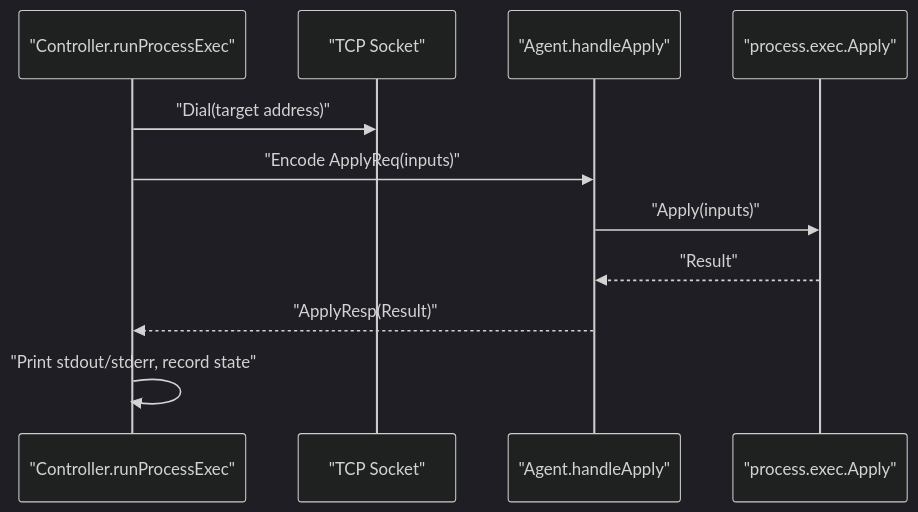
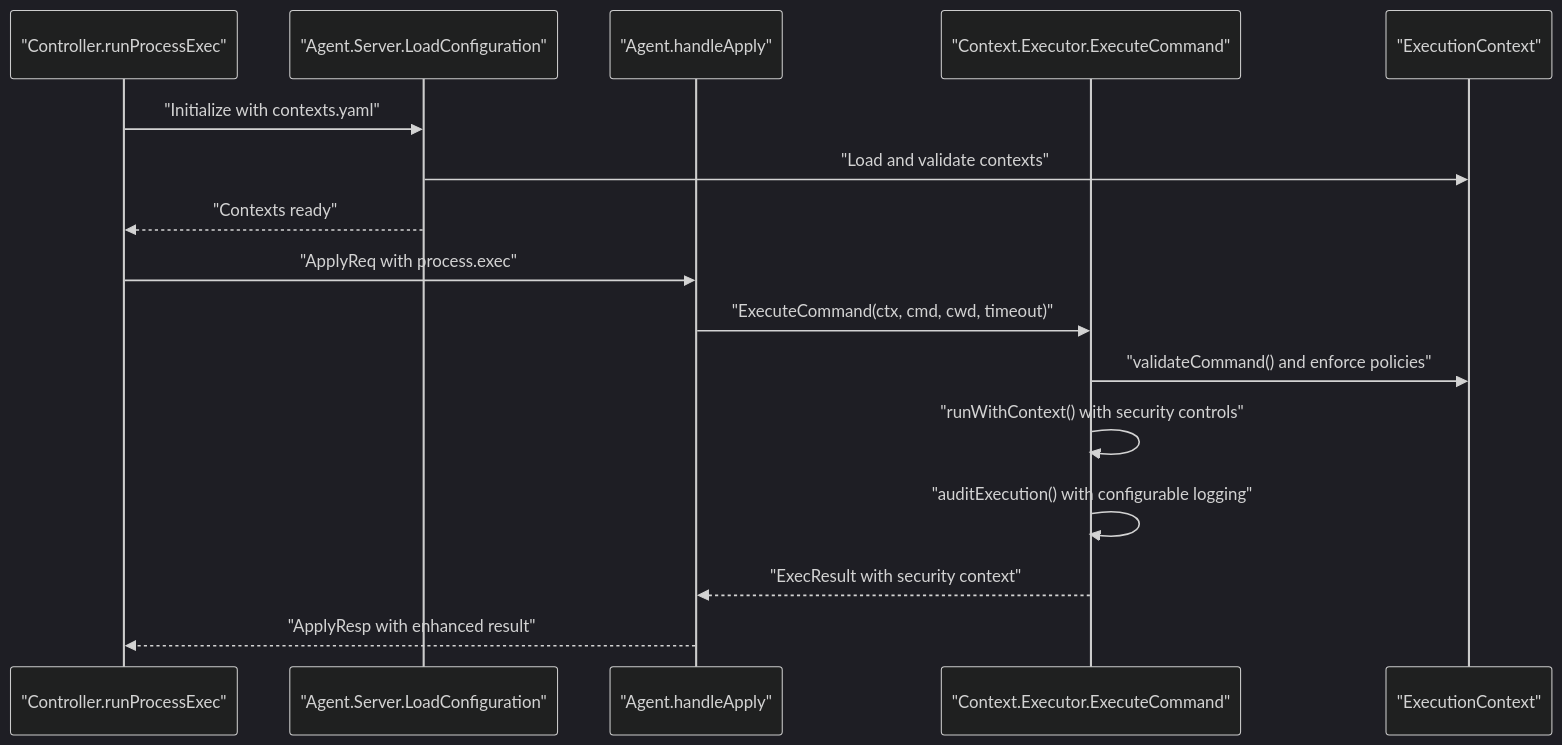
The fourth of 5 diagrams in .qoder/repowiki/en/content/Primitive Operations/Process Execution Primitive.md (ahmednour1430464/dotdevops), drawn with Mermaid (dark theme) before and after one commit. The commit also changed other lines of this file and 12 other files, not shown here.

````diff
--- a/.qoder/repowiki/en/content/Primitive Operations/Process Execution Primitive.md
+++ b/.qoder/repowiki/en/content/Primitive Operations/Process Execution Primitive.md
@@ -220,13 +304,18 @@
 ```mermaid
 sequenceDiagram
 participant ORCH as "Controller.runProcessExec"
-participant NET as "TCP Socket"
+participant SRV as "Agent.Server.LoadConfiguration"
 participant AG as "Agent.handleApply"
-participant PR as "process.exec.Apply"
-ORCH->>NET : "Dial(target address)"
-ORCH->>AG : "Encode ApplyReq(inputs)"
-AG->>PR : "Apply(inputs)"
-PR-->>AG : "Result"
-AG-->>ORCH : "ApplyResp(Result)"
-ORCH->>ORCH : "Print stdout/stderr, record state"
+participant EXE as "Context.Executor.ExecuteCommand"
+participant CTX as "ExecutionContext"
+ORCH->>SRV : "Initialize with contexts.yaml"
+SRV->>CTX : "Load and validate contexts"
+SRV-->>ORCH : "Contexts ready"
+ORCH->>AG : "ApplyReq with process.exec"
+AG->>EXE : "ExecuteCommand(ctx, cmd, cwd, timeout)"
+EXE->>CTX : "validateCommand() and enforce policies"
+EXE->>EXE : "runWithContext() with security controls"
+EXE->>EXE : "auditExecution() with configurable logging"
+EXE-->>AG : "ExecResult with security context"
+AG-->>ORCH : "ApplyResp with enhanced result"
 ```
````
